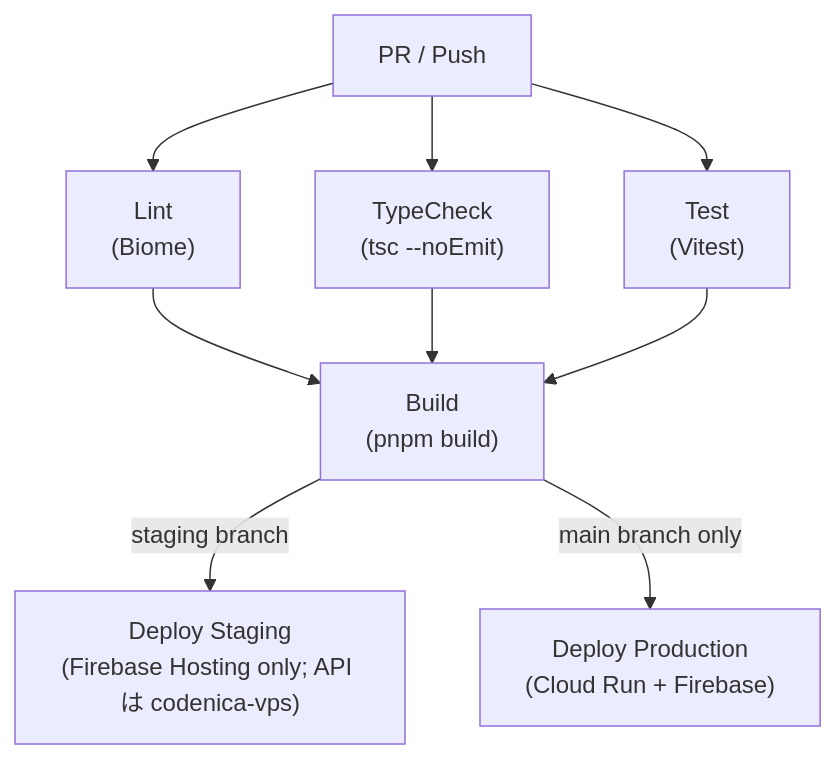
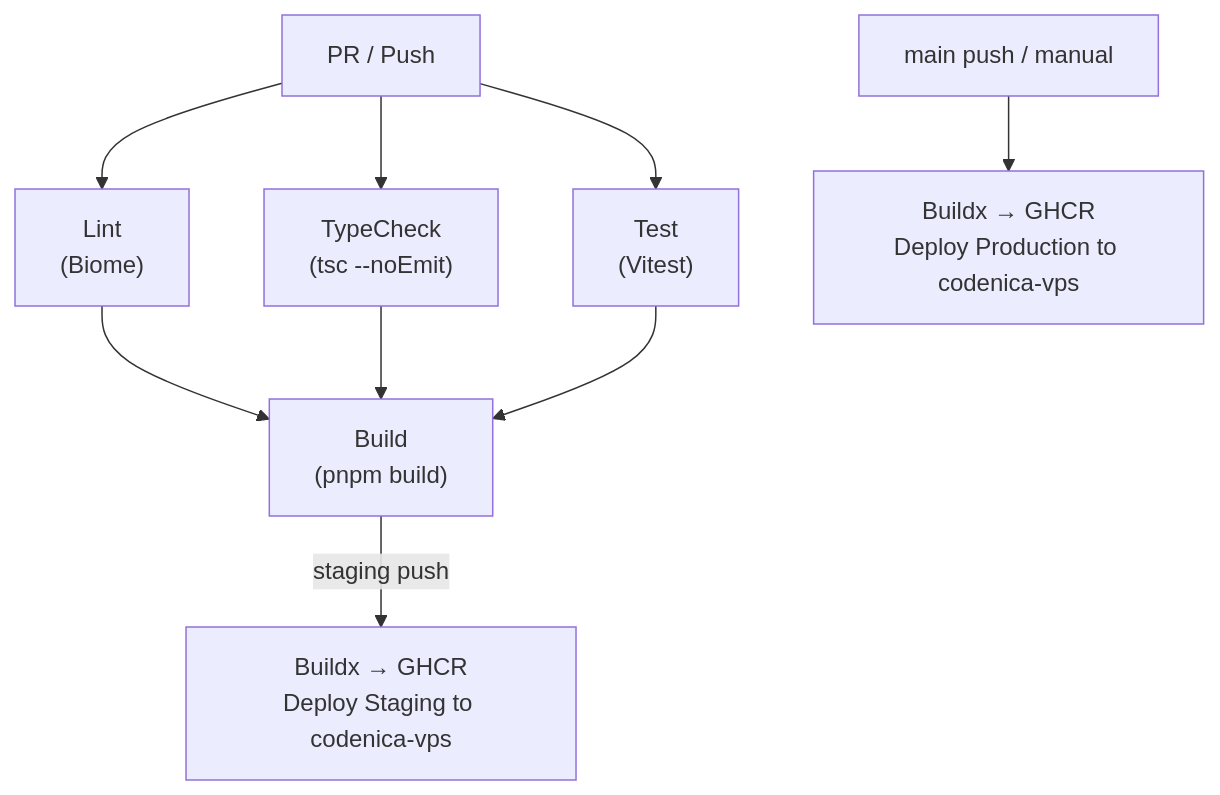
Before and after one commit to krtw00/duel-log-app: the diagram in docs/06-deployment/ci-cd.md, drawn with Mermaid. The commit also changed other lines of this file and 2 other files, not shown here.

````diff
--- a/docs/06-deployment/ci-cd.md
+++ b/docs/06-deployment/ci-cd.md
@@ -31,11 +31,11 @@
 ```mermaid
 flowchart TD
     trigger["PR / Push"] --> lint["Lint<br/>(Biome)"]
     trigger --> typecheck["TypeCheck<br/>(tsc --noEmit)"]
     trigger --> test["Test<br/>(Vitest)"]
     lint --> build["Build<br/>(pnpm build)"]
     typecheck --> build
     test --> build
-    build -->|staging branch| staging["Deploy Staging<br/>(Firebase Hosting only; API は codenica-vps)"]
-    build -->|main branch only| deploy["Deploy Production<br/>(Cloud Run + Firebase)"]
+    build -->|staging push| staging["Buildx → GHCR<br/>Deploy Staging to codenica-vps"]
+    main["main push / manual"] --> production["Buildx → GHCR<br/>Deploy Production to codenica-vps"]
 ```
````
